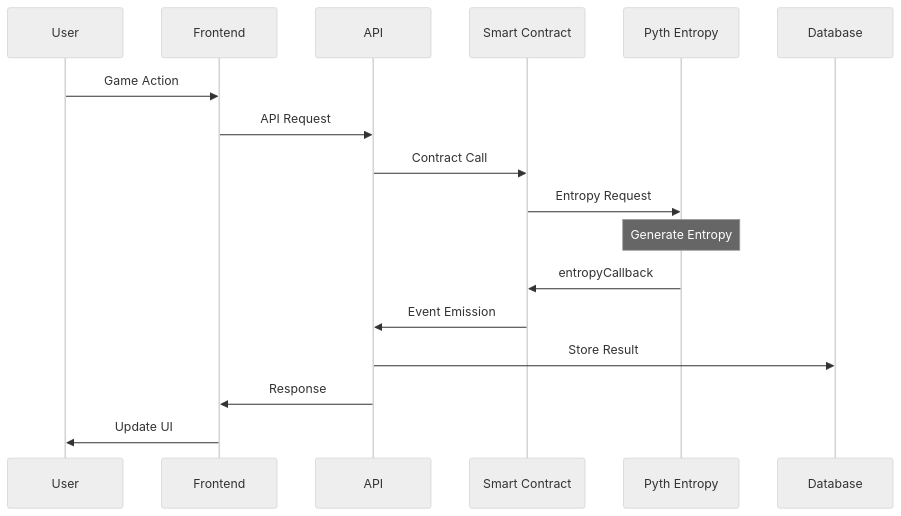
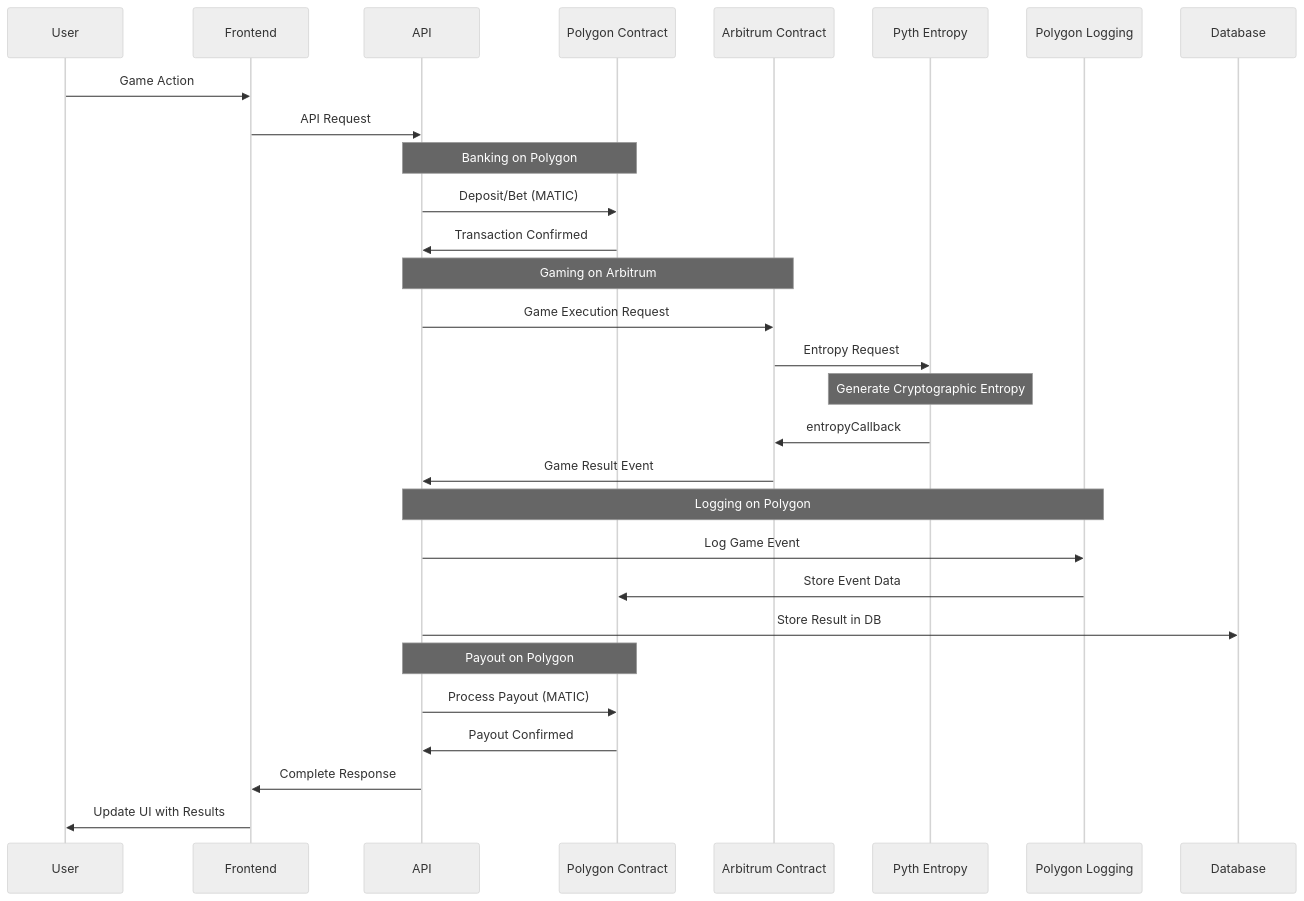
One commit to AmaanSayyad/APT-Casino-Polygon changed diagram 14 of 23 in MERMAID_DIAGRAMS.md. Above: the diagram before and after it, drawn with Mermaid (neutral theme). The commit also changed other lines of this file, not shown here.

````diff
--- a/MERMAID_DIAGRAMS.md
+++ b/MERMAID_DIAGRAMS.md
@@ -452,22 +475,40 @@
 ```mermaid
 sequenceDiagram
     participant U as User
     participant F as Frontend
     participant A as API
-    participant S as Smart Contract
+    participant POL as Polygon Contract
+    participant ARB as Arbitrum Contract
     participant PE as Pyth Entropy
+    participant LOG as Polygon Logging
     participant D as Database
     
     U->>F: Game Action
     F->>A: API Request
-    A->>S: Contract Call
-    S->>PE: Entropy Request
     
-    Note over PE: Generate Entropy
+    Note over A,POL: Banking on Polygon
+    A->>POL: Deposit/Bet (MATIC)
+    POL->>A: Transaction Confirmed
     
-    PE->>S: entropyCallback
-    S->>A: Event Emission
-    A->>D: Store Result
-    A->>F: Response
-    F->>U: Update UI
+    Note over A,ARB: Gaming on Arbitrum
+    A->>ARB: Game Execution Request
+    ARB->>PE: Entropy Request
+    
+    Note over PE: Generate Cryptographic Entropy
+    
+    PE->>ARB: entropyCallback
+    ARB->>A: Game Result Event
+    
+    Note over A,LOG: Logging on Polygon
+    A->>LOG: Log Game Event
+    LOG->>POL: Store Event Data
+    
+    A->>D: Store Result in DB
+    
+    Note over A,POL: Payout on Polygon
+    A->>POL: Process Payout (MATIC)
+    POL->>A: Payout Confirmed
+    
+    A->>F: Complete Response
+    F->>U: Update UI with Results
 ```
````
